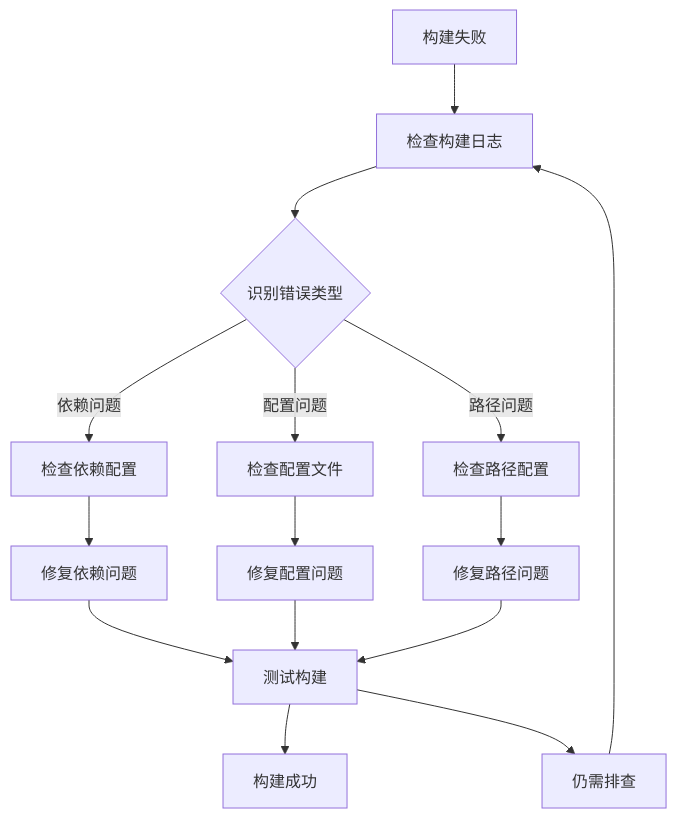
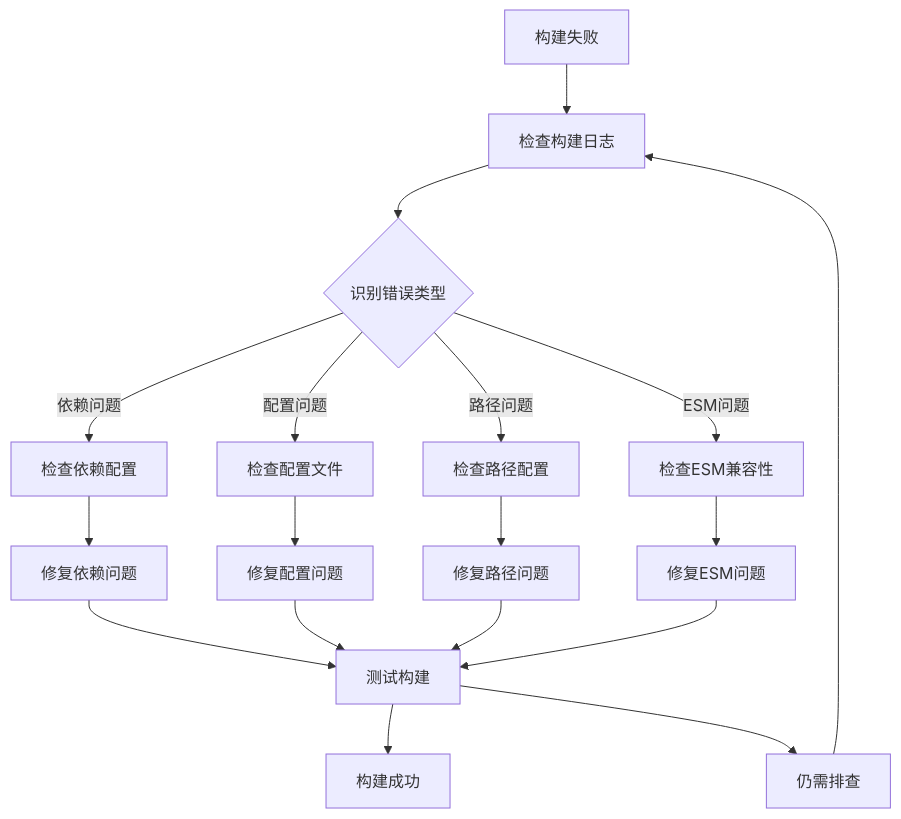
The tenth of 10 diagrams in .qoder/repowiki/zh/content/项目概述/部署指南/Vercel部署FAQ.md (CryptoLinxu/Web3-AI-Agent), drawn with Mermaid before and after one commit. The commit also changed other lines of this file and 5 other files, not shown here.

````diff
--- a/.qoder/repowiki/zh/content/项目概述/部署指南/Vercel部署FAQ.md
+++ b/.qoder/repowiki/zh/content/项目概述/部署指南/Vercel部署FAQ.md
@@ -390,17 +477,20 @@
 ```mermaid
 flowchart TD
 BuildFail[构建失败] --> CheckLogs[检查构建日志]
 CheckLogs --> ErrorType{识别错误类型}
 ErrorType --> |依赖问题| CheckDeps[检查依赖配置]
 ErrorType --> |配置问题| CheckConfig[检查配置文件]
 ErrorType --> |路径问题| CheckPath[检查路径配置]
+ErrorType --> |ESM问题| CheckESM[检查ESM兼容性]
 CheckDeps --> FixDeps[修复依赖问题]
 CheckConfig --> FixConfig[修复配置问题]
 CheckPath --> FixPath[修复路径问题]
+CheckESM --> FixESM[修复ESM问题]
 FixDeps --> TestBuild[测试构建]
 FixConfig --> TestBuild
 FixPath --> TestBuild
+FixESM --> TestBuild
 TestBuild --> Success[构建成功]
 TestBuild --> FailAgain[仍需排查]
 FailAgain --> CheckLogs
 ```
````
